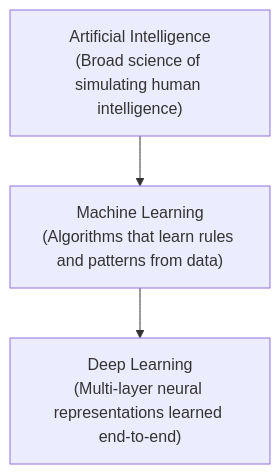
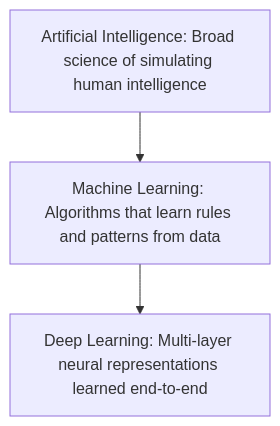
One commit to DeepLumiere/DeepSkills changed diagram 11 of 14 in notes/machine_learning/ssl_rl_and_intro_to_deep_learning.md. Above: the diagram before and after it, drawn with Mermaid. The commit also changed other lines of this file and 56 other files, not shown here.

````diff
--- a/notes/machine_learning/ssl_rl_and_intro_to_deep_learning.md
+++ b/notes/machine_learning/ssl_rl_and_intro_to_deep_learning.md
@@ -893,8 +893,8 @@
 ```mermaid
 graph TD
-    AI["Artificial Intelligence<br/>(Broad science of simulating human intelligence)"]
-    ML["Machine Learning<br/>(Algorithms that learn rules and patterns from data)"]
-    DL["Deep Learning<br/>(Multi-layer neural representations learned end-to-end)"]
+    AI["Artificial Intelligence: Broad science of simulating human intelligence"]
+    ML["Machine Learning: Algorithms that learn rules and patterns from data"]
+    DL["Deep Learning: Multi-layer neural representations learned end-to-end"]
 
     AI --> ML --> DL
 ```
````
